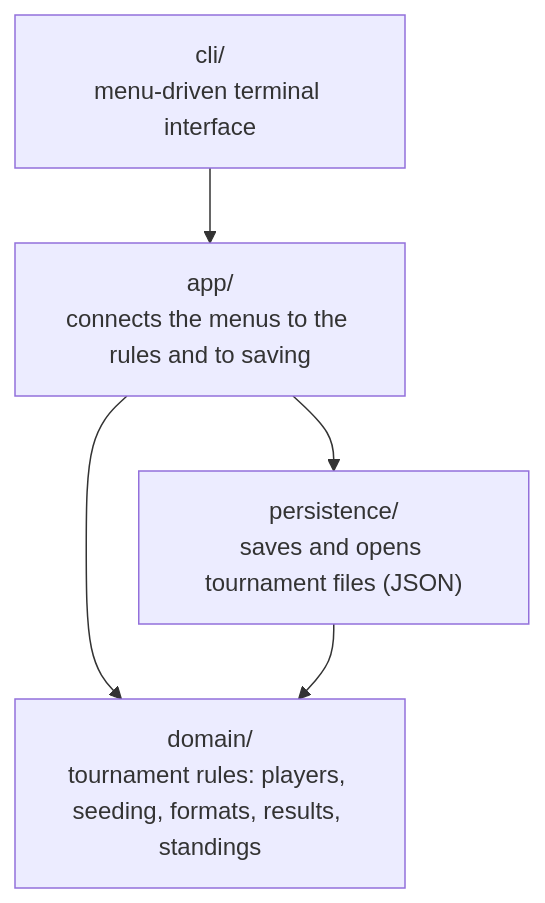
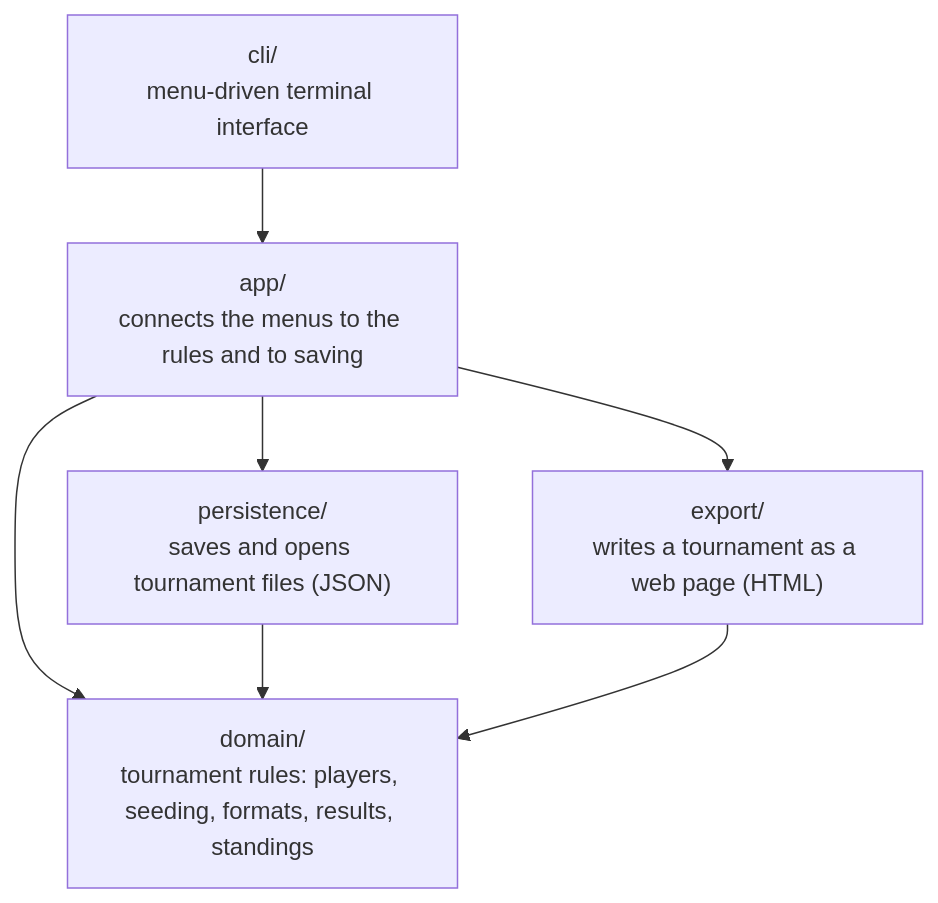
One commit to ajlight89/bracketeer changed the first of 2 diagrams in docs/design.md. Above: the diagram before and after it, drawn with Mermaid. The commit also changed other lines of this file and 13 other files, not shown here.

First line of the commit message:
feat(export): export a tournament as a single web page (#39)

````diff
--- a/docs/design.md
+++ b/docs/design.md
@@ -9,11 +9,14 @@
 ```mermaid
 flowchart TD
     cli["cli/<br/>menu-driven terminal interface"]
     app["app/<br/>connects the menus to the rules and to saving"]
     persistence["persistence/<br/>saves and opens tournament files (JSON)"]
+    export["export/<br/>writes a tournament as a web page (HTML)"]
     domain["domain/<br/>tournament rules: players, seeding, formats, results, standings"]
     cli --> app
     app --> persistence
+    app --> export
     app --> domain
     persistence --> domain
+    export --> domain
 ```
````
